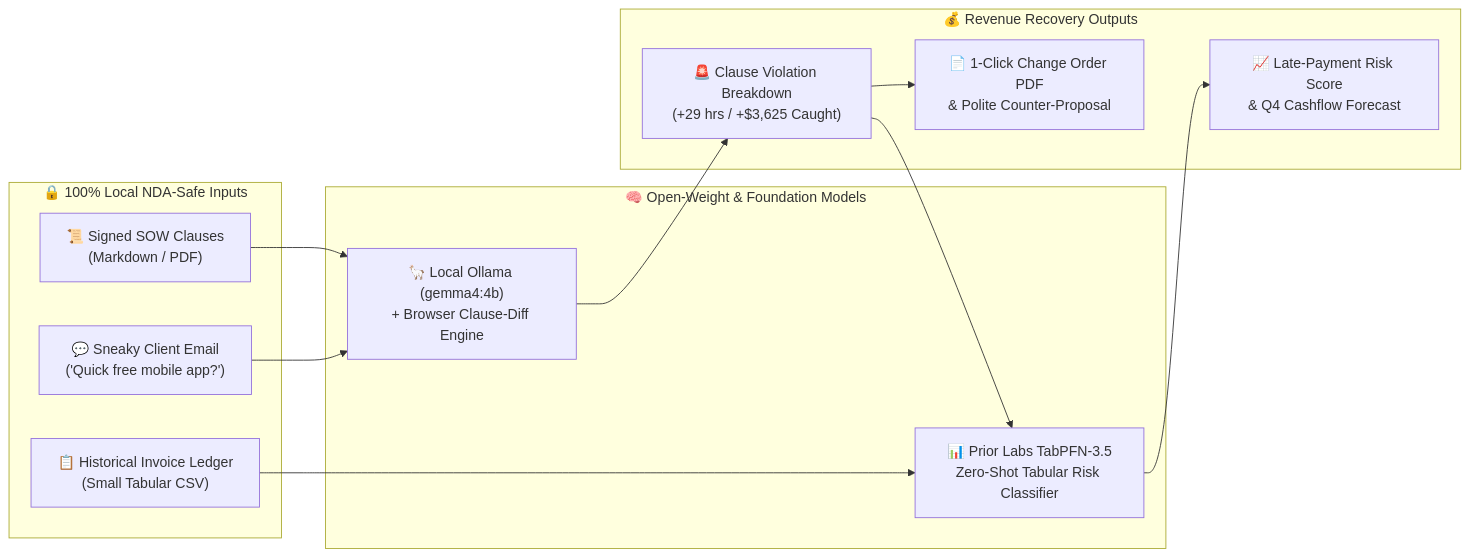
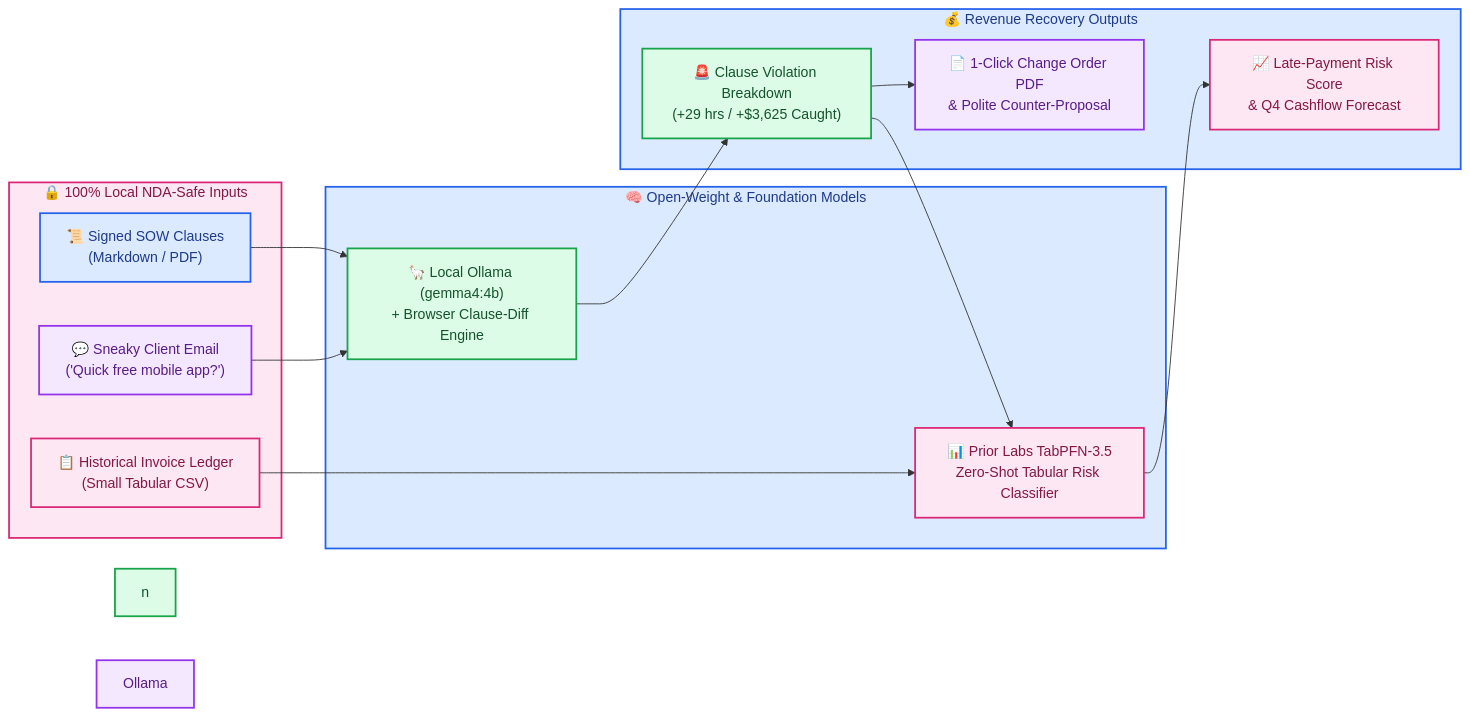
The diagram in README.md (RobinaMirbahar/freelanceshield-open-ai-side-hustle), drawn with Mermaid before and after one commit. The commit also changed other lines of this file, not shown here.

Commit message:
docs: add 3-line Author & Companion Publication header, color-coded Mermaid diagram, and remove repetitive footer

````diff
--- a/README.md
+++ b/README.md
@@ -49,27 +50,40 @@
 ```mermaid
 flowchart LR
     subgraph ClientInputs["🔒 100% Local NDA-Safe Inputs"]
         SOW["📜 Signed SOW Clauses\n(Markdown / PDF)"]
         MSG["💬 Sneaky Client Email\n('Quick free mobile app?')"]
         CSV["📋 Historical Invoice Ledger\n(Small Tabular CSV)"]
     end
 
     subgraph OpenSourceAI["🧠 Open-Weight & Foundation Models"]
         LLM["🦙 Local Ollama (gemma4:4b)\n+ Browser Clause-Diff Engine"]
         TAB["📊 Prior Labs TabPFN-3.5\nZero-Shot Tabular Risk Classifier"]
     end
 
     subgraph SideHustleOutputs["💰 Revenue Recovery Outputs"]
         DIFF["🚨 Clause Violation Breakdown\n(+29 hrs / +$3,625 Caught)"]
         CO["📄 1-Click Change Order PDF\n& Polite Counter-Proposal"]
         RISK["📈 Late-Payment Risk Score\n& Q4 Cashflow Forecast"]
     end
 
     SOW --> LLM
     MSG --> LLM
     CSV --> TAB
     LLM --> DIFF
     DIFF --> CO
     DIFF --> TAB
     TAB --> RISK
+    style ClientInputs fill:#fce7f3,stroke:#db2777,stroke-width:2px,color:#831843
+    style SOW fill:#dbeafe,stroke:#2563eb,stroke-width:2px,color:#1e3a8a
+    style n fill:#dcfce7,stroke:#16a34a,stroke-width:2px,color:#14532d
+    style MSG fill:#f3e8ff,stroke:#9333ea,stroke-width:2px,color:#581c87
+    style CSV fill:#fce7f3,stroke:#db2777,stroke-width:2px,color:#831843
+    style OpenSourceAI fill:#dbeafe,stroke:#2563eb,stroke-width:2px,color:#1e3a8a
+    style LLM fill:#dcfce7,stroke:#16a34a,stroke-width:2px,color:#14532d
+    style Ollama fill:#f3e8ff,stroke:#9333ea,stroke-width:2px,color:#581c87
+    style TAB fill:#fce7f3,stroke:#db2777,stroke-width:2px,color:#831843
+    style SideHustleOutputs fill:#dbeafe,stroke:#2563eb,stroke-width:2px,color:#1e3a8a
+    style DIFF fill:#dcfce7,stroke:#16a34a,stroke-width:2px,color:#14532d
+    style CO fill:#f3e8ff,stroke:#9333ea,stroke-width:2px,color:#581c87
+    style RISK fill:#fce7f3,stroke:#db2777,stroke-width:2px,color:#831843
 ```
````
